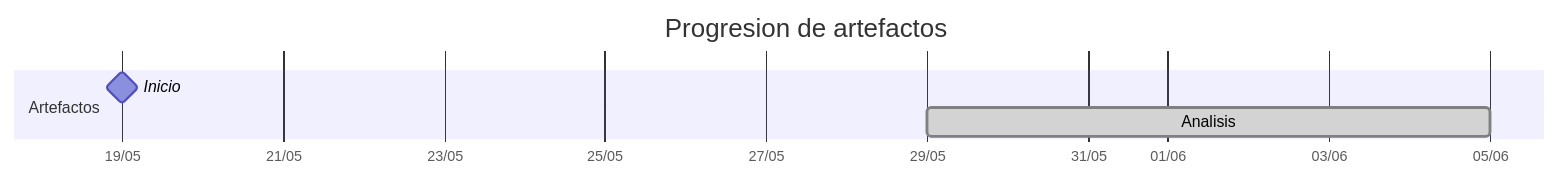
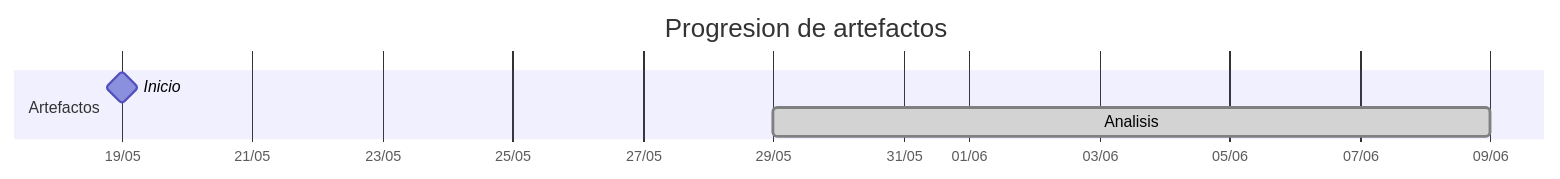
Before and after one commit to mmasias/25-26-idsw2-sdVC: the diagram in TIMELINES/inigovaqueroo04.md, drawn with Mermaid. The commit also changed other lines of this file and 7 other files, not shown here.

````diff
--- a/TIMELINES/inigovaqueroo04.md
+++ b/TIMELINES/inigovaqueroo04.md
@@ -18,9 +18,9 @@
 ```mermaid
 gantt
     title Progresion de artefactos
     dateFormat YYYY-MM-DD
     axisFormat %d/%m
     section Artefactos
         Inicio       :milestone, 2026-05-19, 0d
-        Analisis     :done, 2026-05-29, 2026-06-05
+        Analisis     :done, 2026-05-29, 2026-06-09
 ```
````
